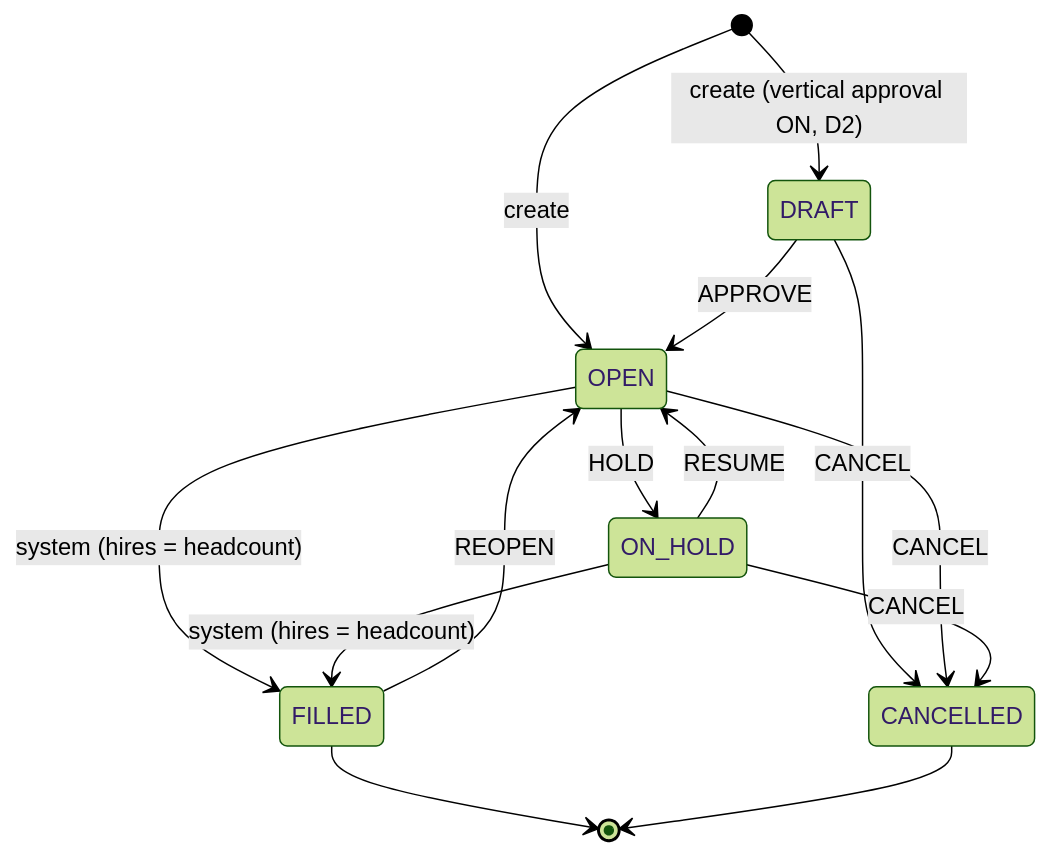
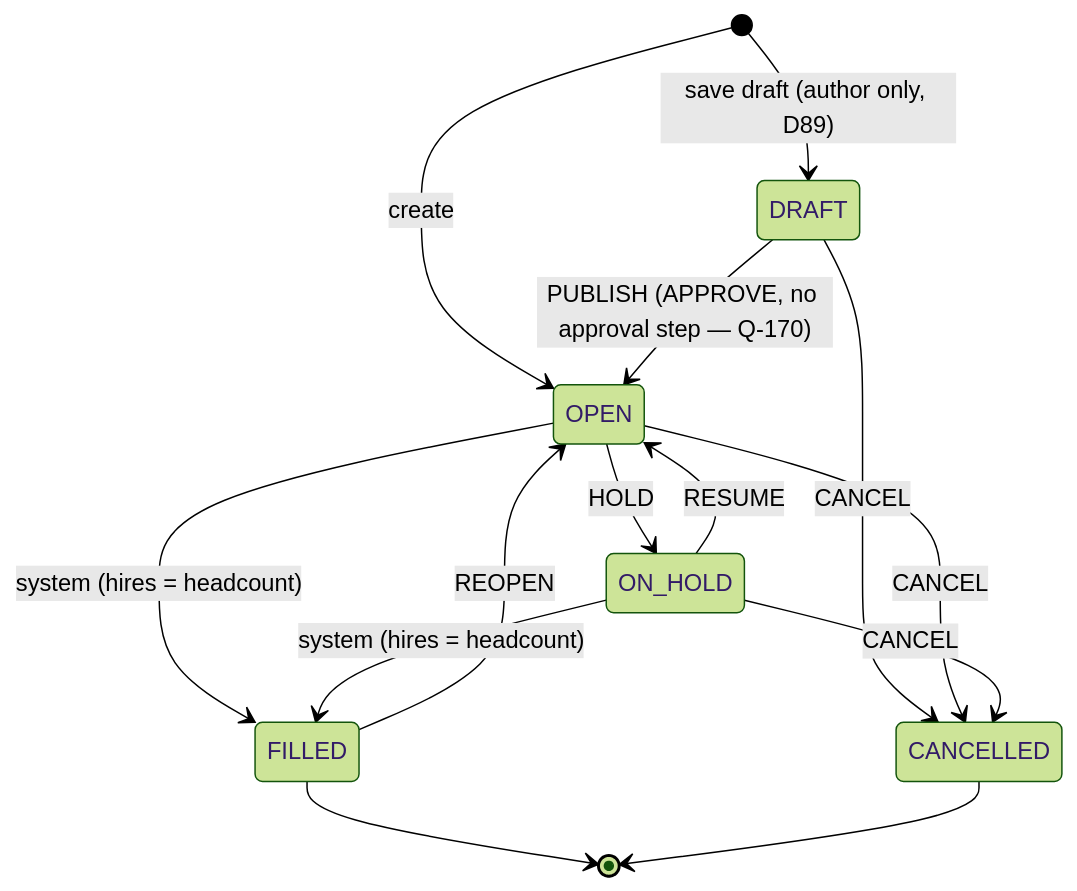
The second of 4 diagrams in docs/pipeline-state-machine.md (tolkyu/rcrt-app), drawn with Mermaid (forest theme) before and after one commit. The commit also changed other lines of this file and 11 other files, not shown here.

````diff
--- a/docs/pipeline-state-machine.md
+++ b/docs/pipeline-state-machine.md
@@ -160,16 +160,16 @@
 ```mermaid
 stateDiagram-v2
-    [*] --> DRAFT: create (vertical approval ON, D2)
+    [*] --> DRAFT: save draft (author only, D89)
     [*] --> OPEN: create
-    DRAFT --> OPEN: APPROVE
+    DRAFT --> OPEN: PUBLISH (APPROVE, no approval step — Q-170)
     DRAFT --> CANCELLED: CANCEL
     OPEN --> ON_HOLD: HOLD
     ON_HOLD --> OPEN: RESUME
     OPEN --> FILLED: system (hires = headcount)
     ON_HOLD --> FILLED: system (hires = headcount)
     OPEN --> CANCELLED: CANCEL
     ON_HOLD --> CANCELLED: CANCEL
     FILLED --> OPEN: REOPEN
     FILLED --> [*]
     CANCELLED --> [*]
 ```
````
